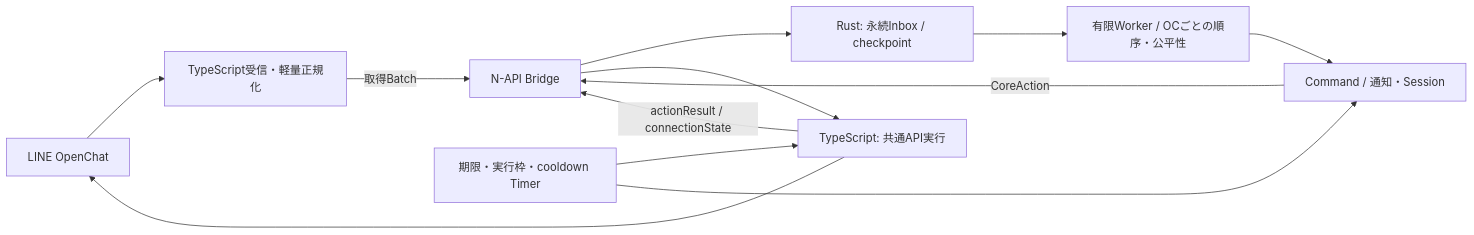
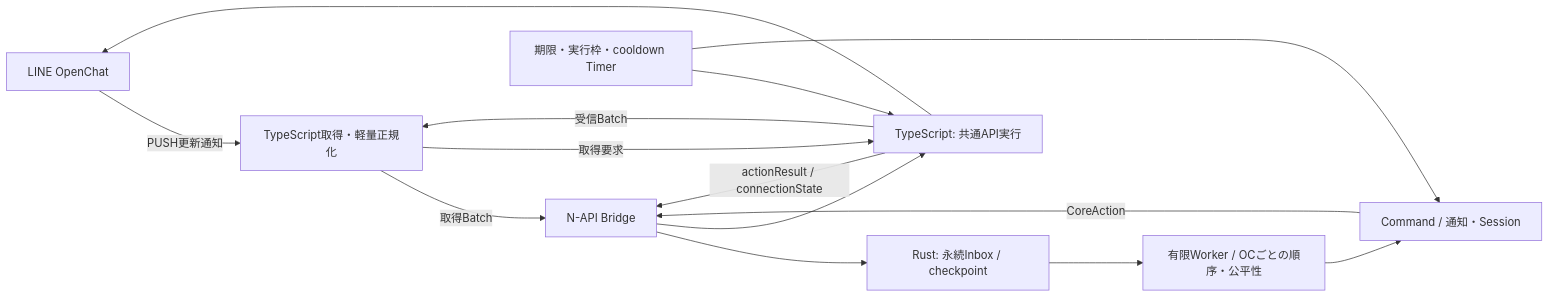
The diagram in docs/architecture/CORE_AND_ADAPTER.md (sinsuirakv0/KBC-rakv0-LINE-bot-v2), drawn with Mermaid before and after one commit. The commit also changed other lines of this file and 6 other files, not shown here.

````diff
--- a/docs/architecture/CORE_AND_ADAPTER.md
+++ b/docs/architecture/CORE_AND_ADAPTER.md
@@ -8,14 +8,16 @@
 ```mermaid
 flowchart LR
-    L[LINE OpenChat] --> A[TypeScript受信・軽量正規化]
+    L[LINE OpenChat] -->|PUSH更新通知| A[TypeScript取得・軽量正規化]
     A -->|取得Batch| B[N-API Bridge]
     B --> I[Rust: 永続Inbox / checkpoint]
     I --> R[有限Worker / OCごとの順序・公平性]
     R --> C[Command / 通知・Session]
     C -->|CoreAction| B
     B --> D[TypeScript: 共通API実行]
+    A -->|取得要求| D
     D --> L
+    D -->|受信Batch| A
     D -->|actionResult / connectionState| B
     T[期限・実行枠・cooldown Timer] --> D
     T --> C
 ```
````
